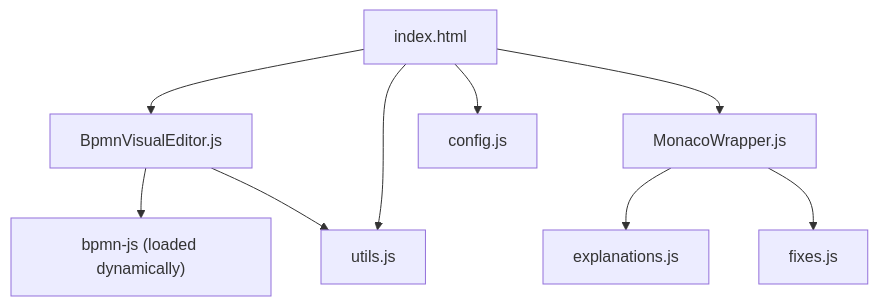
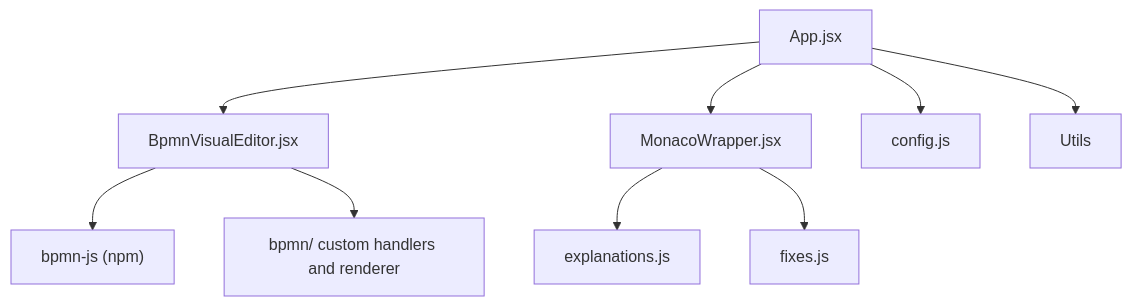
The sixth of 6 diagrams in .qoder/repowiki/en/content/Diagram Types and Formats/BPMN (Business Process Model and Notation).md (ongchonghian/universal-diagram-editor), drawn with Mermaid before and after one commit. The commit also changed other lines of this file and 31 other files, not shown here.

````diff
--- a/.qoder/repowiki/en/content/Diagram Types and Formats/BPMN (Business Process Model and Notation).md
+++ b/.qoder/repowiki/en/content/Diagram Types and Formats/BPMN (Business Process Model and Notation).md
@@ -317,11 +315,11 @@
 ```mermaid
 graph TB
-BpmnVis["BpmnVisualEditor.js"] --> BpmnJS["bpmn-js (loaded dynamically)"]
-BpmnVis --> Utils["utils.js"]
-Monaco["MonacoWrapper.js"] --> Explanations["explanations.js"]
+BpmnVis["BpmnVisualEditor.jsx"] --> BpmnJS["bpmn-js (npm)"]
+BpmnVis --> Custom["bpmn/ custom handlers and renderer"]
+Monaco["MonacoWrapper.jsx"] --> Explanations["explanations.js"]
 Monaco --> Fixes["fixes.js"]
-App["index.html"] --> BpmnVis
+App["App.jsx"] --> BpmnVis
 App --> Monaco
 App --> Config["config.js"]
 App --> Utils
 ```
````
